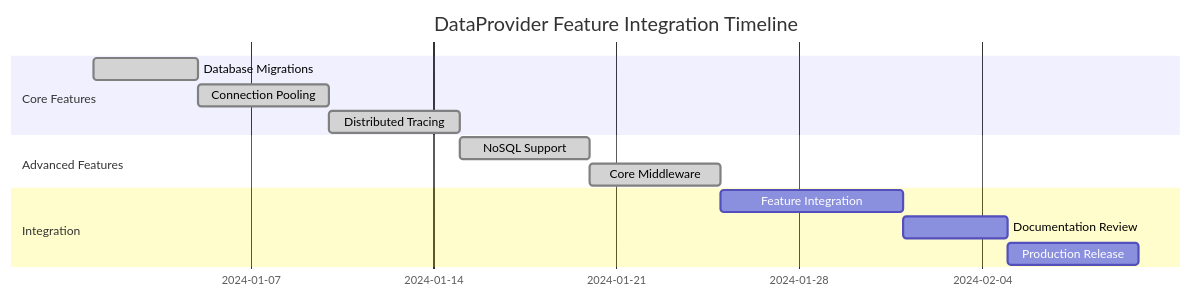
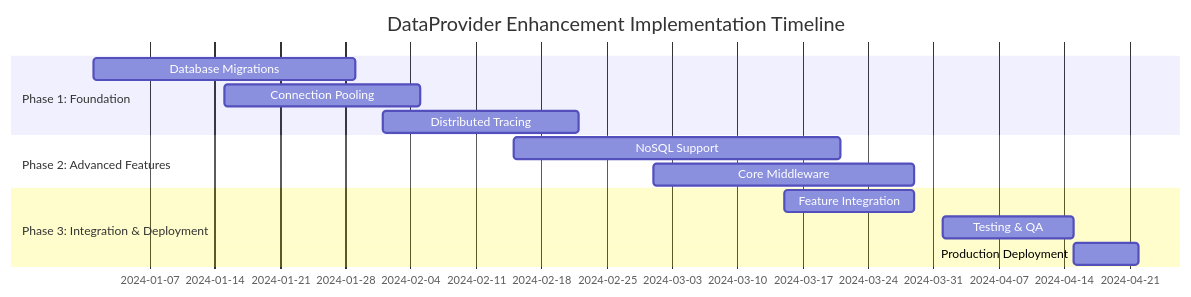
Before and after one commit to mzarsaw/DataProvider: the diagram in ROADMAP.md, drawn with Mermaid. The commit also changed other lines of this file, not shown here.

First line of the commit message:
docs: Revise and enhance project roadmap for DataProvider

````diff
--- a/ROADMAP.md
+++ b/ROADMAP.md
@@ -211,16 +224,16 @@
 ```mermaid
 gantt
-    title DataProvider Feature Integration Timeline
+    title DataProvider Enhancement Implementation Timeline
     dateFormat  YYYY-MM-DD
-    section Core Features
-    Database Migrations     :done, migrations, 2024-01-01, 2024-01-05
-    Connection Pooling      :done, pooling, 2024-01-05, 2024-01-10
-    Distributed Tracing     :done, tracing, 2024-01-10, 2024-01-15
-    section Advanced Features
-    NoSQL Support          :done, nosql, 2024-01-15, 2024-01-20
-    Core Middleware        :done, middleware, 2024-01-20, 2024-01-25
-    section Integration
-    Feature Integration    :integration, 2024-01-25, 2024-02-01
-    Documentation Review   :docs, 2024-02-01, 2024-02-05
-    Production Release     :release, 2024-02-05, 2024-02-10
+    section Phase 1: Foundation
+    Database Migrations     :migrations, 2024-01-01, 4w
+    Connection Pooling      :pooling, 2024-01-15, 3w
+    Distributed Tracing     :tracing, 2024-02-01, 3w
+    section Phase 2: Advanced Features
+    NoSQL Support          :nosql, 2024-02-15, 5w
+    Core Middleware        :middleware, 2024-03-01, 4w
+    section Phase 3: Integration & Deployment
+    Feature Integration    :integration, 2024-03-15, 2w
+    Testing & QA          :testing, 2024-04-01, 2w
+    Production Deployment  :deployment, 2024-04-15, 1w
 ```
````
